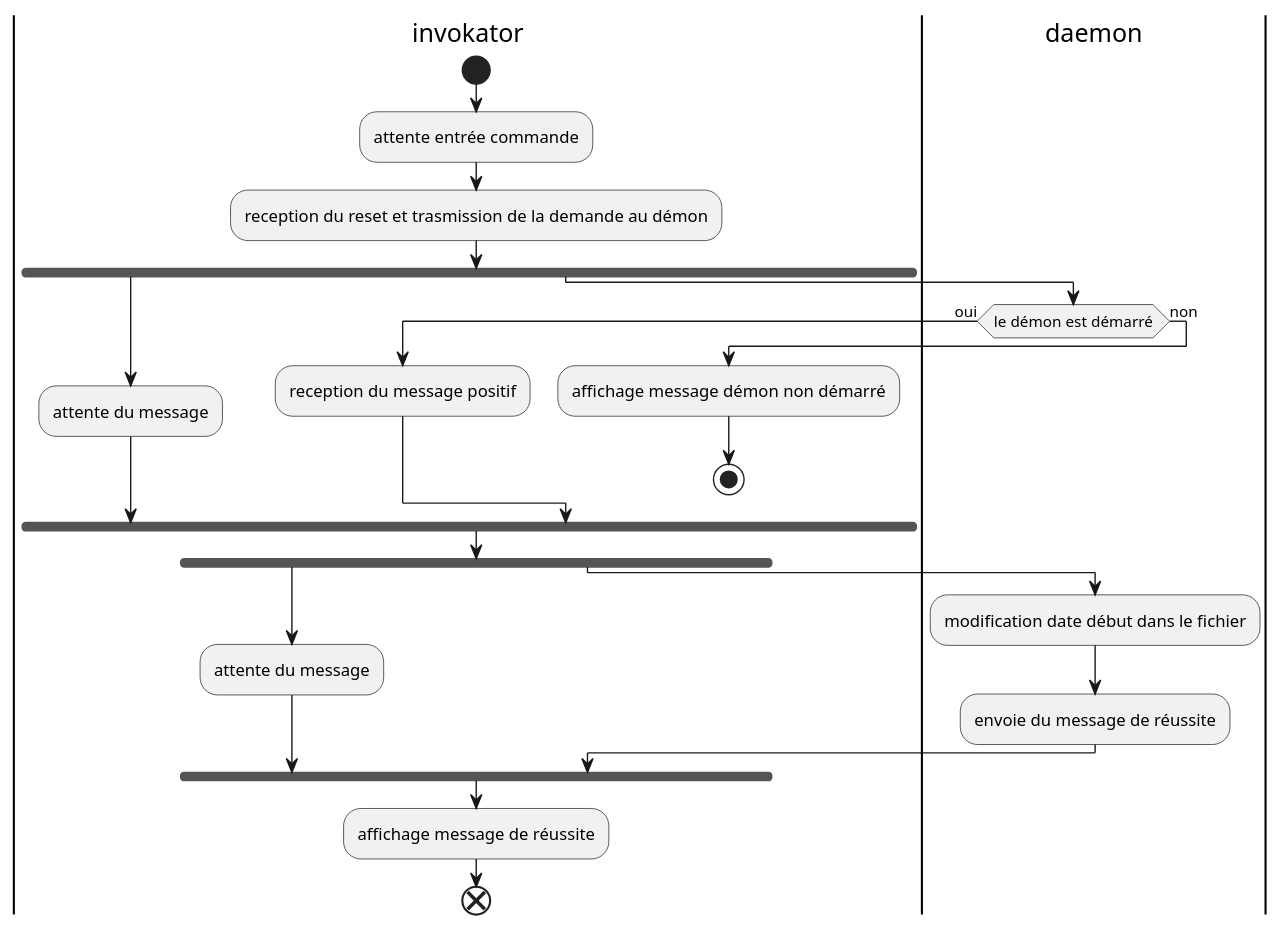
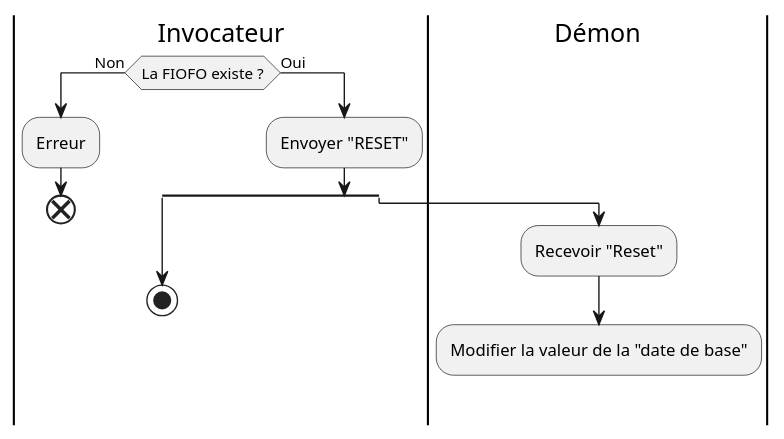
One commit to Anthony-Jhoiro/Archi-Sys_sophia changed the diagram in diagramms/reset.puml. Above: the diagram before and after it, drawn with PlantUML. The commit also changed 6 other files, not shown here.

```diff
--- a/diagramms/reset.puml
+++ b/diagramms/reset.puml
@@ -1,33 +1,20 @@
 @startuml
+|Invocateur|
+|Démon|
 
-|invokator|
-start
-:attente entrée commande;
-:reception du reset et trasmission de la demande au démon;
-fork
-    :attente du message;
-fork again
-    |daemon|
-    if (le démon est démarré) then (oui)
-        |invokator| 
-        :reception du message positif;
-    else (non)
-        |invokator|
-        :affichage message démon non démarré;
-        stop
-    endif
-end fork
-
-fork
-    :attente du message;
-fork again
-    |daemon|
-    :modification date début dans le fichier;
-    :envoie du message de réussite;
-    |invokator|
-end fork
-:affichage message de réussite;
-end
-
+|Invocateur|
+if (La FIOFO existe ?) then (Non)
+    :Erreur;
+    end 
+else (Oui)
+    :Envoyer "RESET";
+    split 
+        stop 
+    split again 
+        |Démon|
+        :Recevoir "Reset";
+        :Modifier la valeur de la "date de base";
+        detach
+    end split 
 
 @enduml
```
